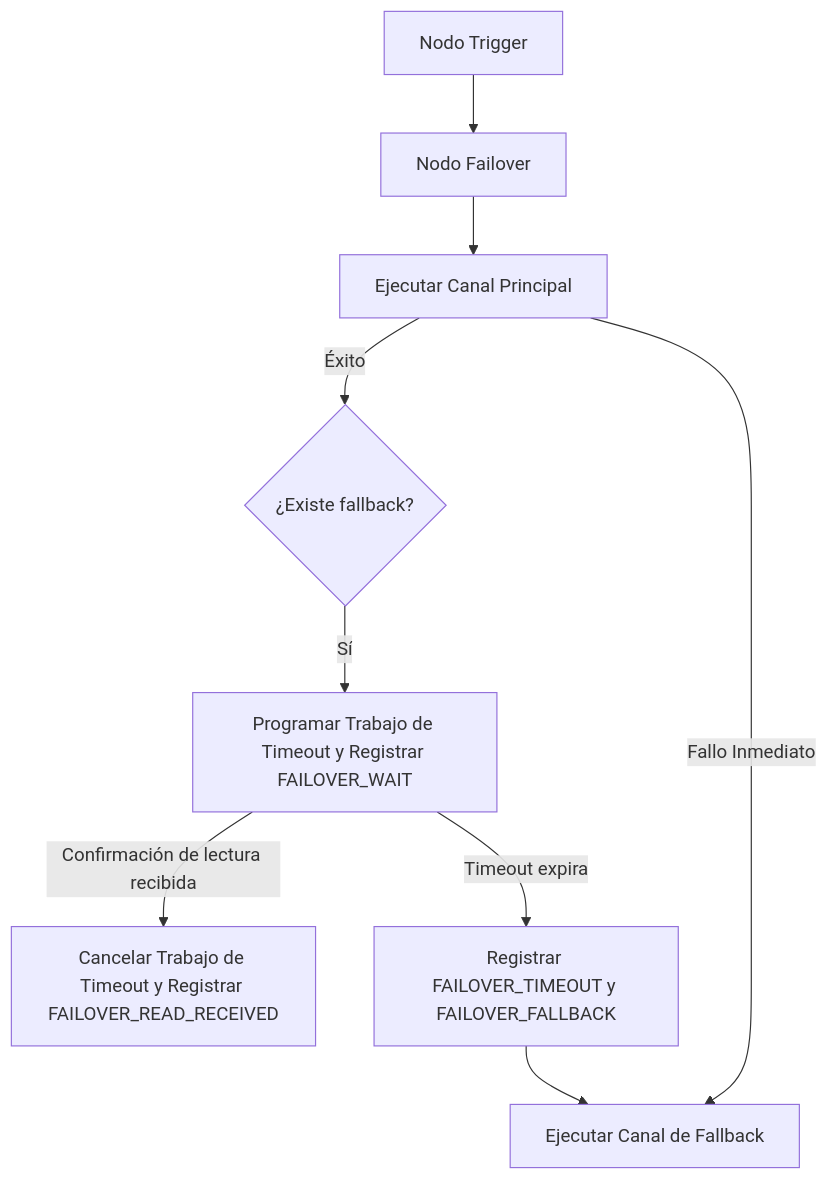
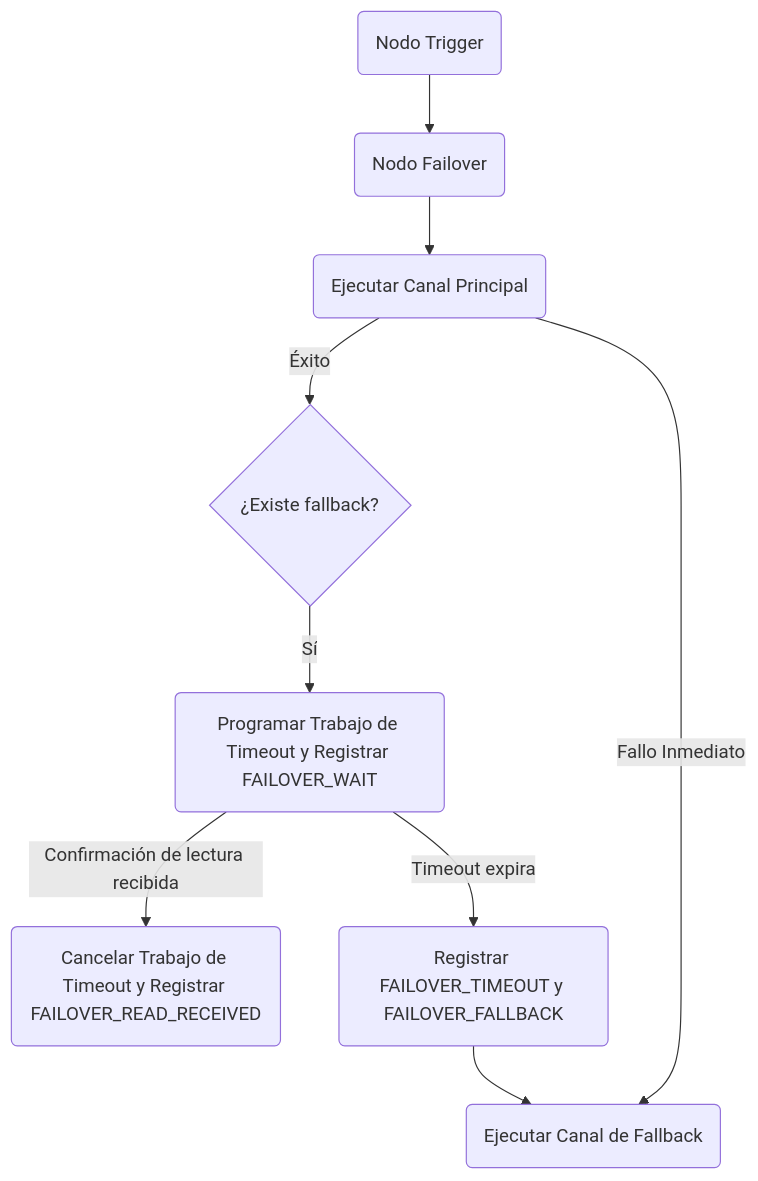
One commit to KriyanshKhunt/nexus_docs changed the diagram in content/docs/es/platform/features/failover.mdx. Above: the diagram before and after it, drawn with Mermaid. The commit also changed 20 other files, not shown here.

Commit message:
Handle es Mermaid charts

````diff
--- a/content/docs/es/platform/features/failover.mdx
+++ b/content/docs/es/platform/features/failover.mdx
@@ -8,11 +8,11 @@
 ```mermaid
 flowchart TD
-  Trigger[Nodo Trigger] --> FailoverNode[Nodo Failover]
-  FailoverNode --> Primary[Ejecutar Canal Principal]
+  Trigger(Nodo Trigger) --> FailoverNode(Nodo Failover)
+  FailoverNode --> Primary(Ejecutar Canal Principal)
   Primary -->|Éxito| Check{¿Existe fallback?}
-  Primary -->|Fallo Inmediato| RunFallback[Ejecutar Canal de Fallback]
-  Check -->|Sí| Wait[Programar Trabajo de Timeout y Registrar FAILOVER_WAIT]
-  Wait -->|Confirmación de lectura recibida| Cancel[Cancelar Trabajo de Timeout y Registrar FAILOVER_READ_RECEIVED]
-  Wait -->|Timeout expira| Timeout[Registrar FAILOVER_TIMEOUT y FAILOVER_FALLBACK]
+  Primary -->|Fallo Inmediato| RunFallback(Ejecutar Canal de Fallback)
+  Check -->|Sí| Wait(Programar Trabajo de Timeout y Registrar FAILOVER_WAIT)
+  Wait -->|Confirmación de lectura recibida| Cancel(Cancelar Trabajo de Timeout y Registrar FAILOVER_READ_RECEIVED)
+  Wait -->|Timeout expira| Timeout(Registrar FAILOVER_TIMEOUT y FAILOVER_FALLBACK)
   Timeout --> RunFallback
 ```
````
